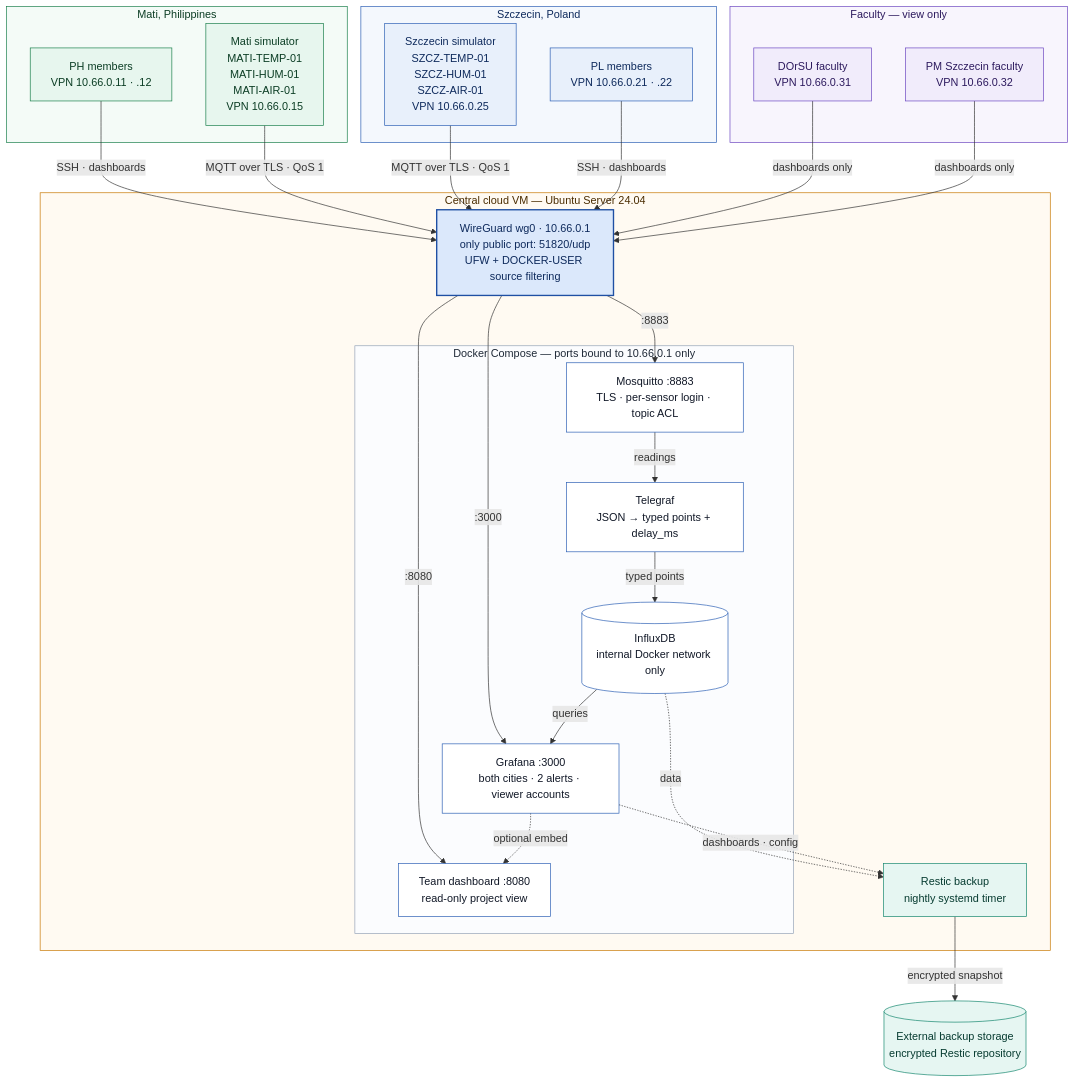
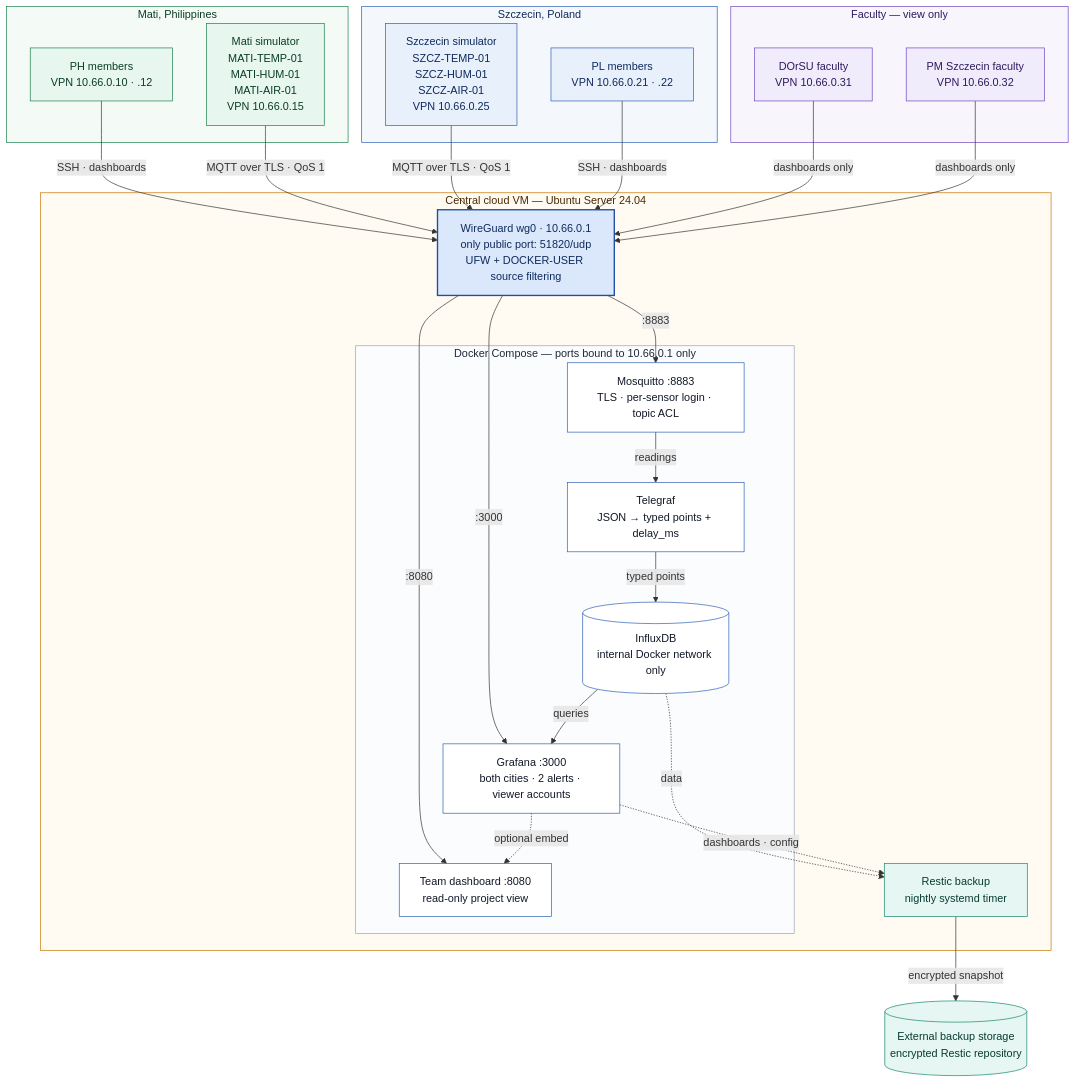
Before and after one commit to Jeslito30/coil-projectD: the first of 2 diagrams in documents/architecture.md, drawn with Mermaid. The commit also changed 4 other files, not shown here.

````diff
--- a/documents/architecture.md
+++ b/documents/architecture.md
@@ -28,68 +28,68 @@
 ```mermaid
 flowchart TB
     subgraph MATI["Mati, Philippines"]
-        PH["PH members<br/>VPN 10.66.0.11 · .12"]
+        PH["PH members<br/>VPN 10.66.0.10 · .12"]
         MS["Mati simulator<br/>MATI-TEMP-01<br/>MATI-HUM-01<br/>MATI-AIR-01<br/>VPN 10.66.0.15"]
     end
 
     subgraph SZCZ["Szczecin, Poland"]
         SS["Szczecin simulator<br/>SZCZ-TEMP-01<br/>SZCZ-HUM-01<br/>SZCZ-AIR-01<br/>VPN 10.66.0.25"]
         PL["PL members<br/>VPN 10.66.0.21 · .22"]
     end
 
     subgraph FAC["Faculty — view only"]
         F1["DOrSU faculty<br/>VPN 10.66.0.31"]
         F2["PM Szczecin faculty<br/>VPN 10.66.0.32"]
     end
 
     subgraph CLOUD["Central cloud VM — Ubuntu Server 24.04"]
         WG["WireGuard wg0 · 10.66.0.1<br/>only public port: 51820/udp<br/>UFW + DOCKER-USER source filtering"]
         subgraph DOCKER["Docker Compose — ports bound to 10.66.0.1 only"]
             MQ["Mosquitto :8883<br/>TLS · per-sensor login · topic ACL"]
             TG["Telegraf<br/>JSON → typed points + delay_ms"]
             IDB[("InfluxDB<br/>internal Docker network only")]
             GF["Grafana :3000<br/>both cities · 2 alerts · viewer accounts"]
             TD["Team dashboard :8080<br/>read-only project view"]
         end
         BK["Restic backup<br/>nightly systemd timer"]
     end
 
     EXT[("External backup storage<br/>encrypted Restic repository")]
 
     PH -->|"SSH · dashboards"| WG
     MS -->|"MQTT over TLS · QoS 1"| WG
     SS -->|"MQTT over TLS · QoS 1"| WG
     PL -->|"SSH · dashboards"| WG
     F1 & F2 -->|"dashboards only"| WG
 
     WG -->|":8883"| MQ
     WG -->|":3000"| GF
     WG -->|":8080"| TD
     MQ -->|"readings"| TG
     TG -->|"typed points"| IDB
     IDB -->|"queries"| GF
     GF -.->|"optional embed"| TD
     IDB -.->|"data"| BK
     GF -.->|"dashboards · config"| BK
     BK -->|"encrypted snapshot"| EXT
 
     classDef ph fill:#e7f6ee,stroke:#1a7f4b,color:#0b3d24
     classDef pl fill:#e8f0fb,stroke:#2b5fb4,color:#0e2a5c
     classDef fac fill:#f1ecfb,stroke:#6b46c1,color:#2d1a5e
     classDef gate fill:#dbe8fb,stroke:#1f4fa3,color:#0e2a5c,stroke-width:2px
     classDef svc fill:#ffffff,stroke:#2b5fb4,color:#111827
     classDef bk fill:#e6f6f2,stroke:#14866d,color:#063b30
 
     class MS,PH ph
     class SS,PL pl
     class F1,F2 fac
     class WG gate
     class MQ,TG,IDB,GF,TD svc
     class BK,EXT bk
 
     style MATI fill:#f4fbf7,stroke:#1a7f4b,color:#0b3d24
     style SZCZ fill:#f4f8fd,stroke:#2b5fb4,color:#0e2a5c
     style FAC fill:#f8f5fd,stroke:#6b46c1,color:#2d1a5e
     style CLOUD fill:#fffaf2,stroke:#c77700,color:#4a2c00
     style DOCKER fill:#fbfcfe,stroke:#94a3b8,color:#1f2937
 ```
````
